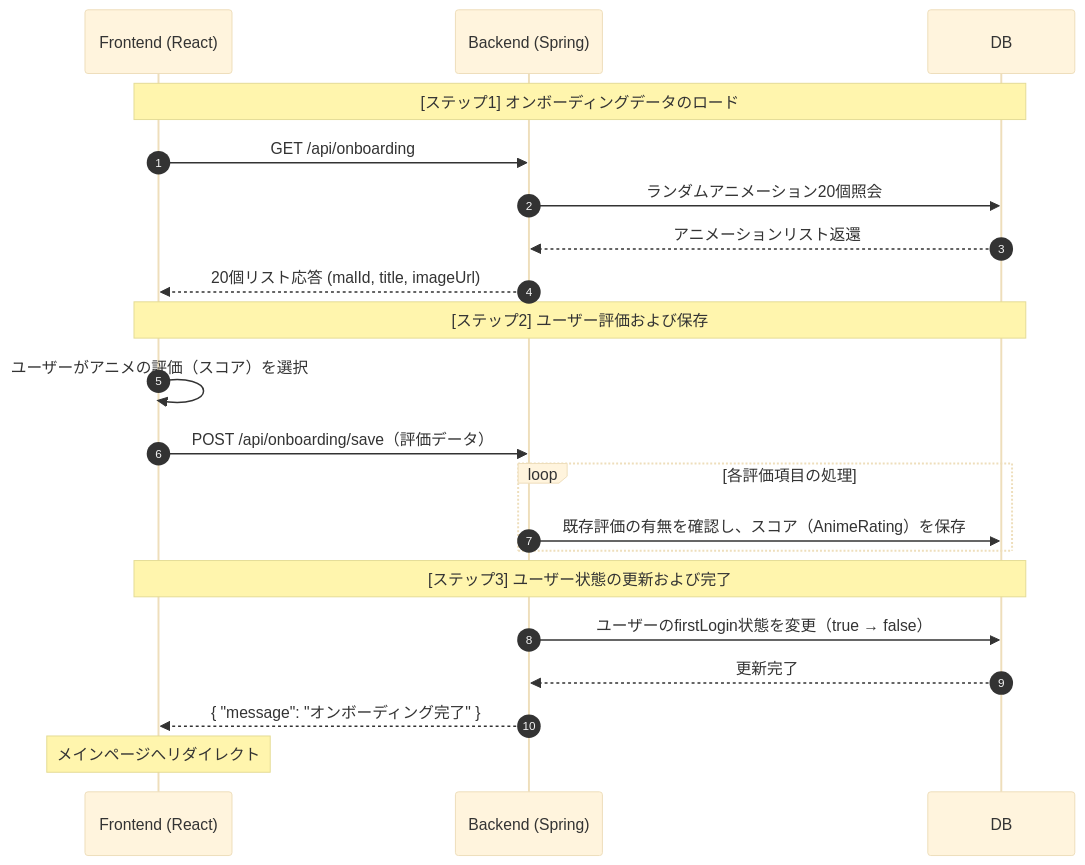
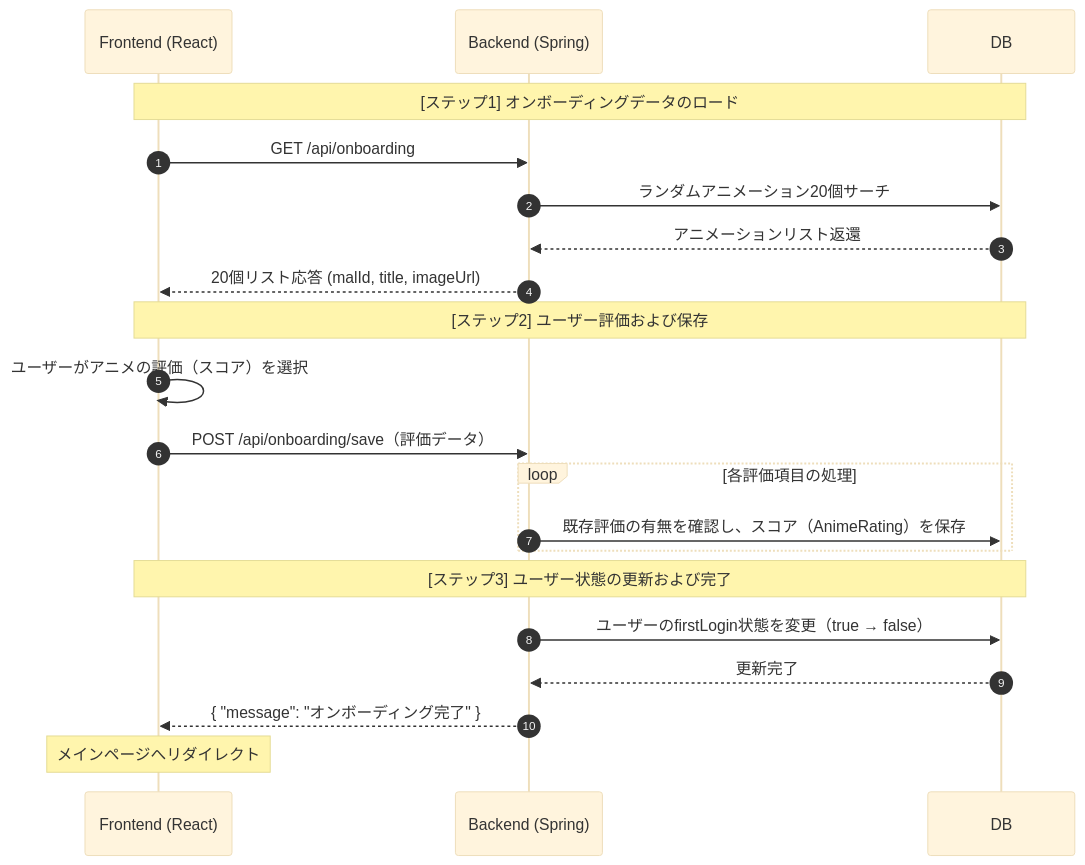
One commit to You-HyunHo/ani-frontend changed the fourth of 10 diagrams in README_img/SEQUENCE.md. Above: the diagram before and after it, drawn with Mermaid (base theme). The commit also changed other lines of this file, not shown here.

````diff
--- a/README_img/SEQUENCE.md
+++ b/README_img/SEQUENCE.md
@@ -46,28 +46,28 @@
 ```mermaid
 sequenceDiagram
     autonumber
     participant FE as Frontend (React)
     participant BE as Backend (Spring)
     participant DB 
 
     Note over FE, DB: [ステップ1] オンボーディングデータのロード
     FE->>BE: GET /api/onboarding
-    BE->>DB: ランダムアニメーション20個照会
+    BE->>DB: ランダムアニメーション20個サーチ
     DB-->>BE: アニメーションリスト返還
     BE-->>FE: 20個リスト応答 (malId, title, imageUrl)
 
     Note over FE, DB: [ステップ2] ユーザー評価および保存
     FE->>FE: ユーザーがアニメの評価（スコア）を選択
     FE->>BE: POST /api/onboarding/save（評価データ）
     
     loop 各評価項目の処理
         BE->>DB: 既存評価の有無を確認し、スコア（AnimeRating）を保存
     end
 
     Note over FE, DB: [ステップ3] ユーザー状態の更新および完了
     BE->>DB: ユーザーのfirstLogin状態を変更（true → false）
     DB-->>BE: 更新完了
     BE-->>FE: { "message": "オンボーディング完了" }
     
     Note over FE: メインページへリダイレクト
 ```
````
